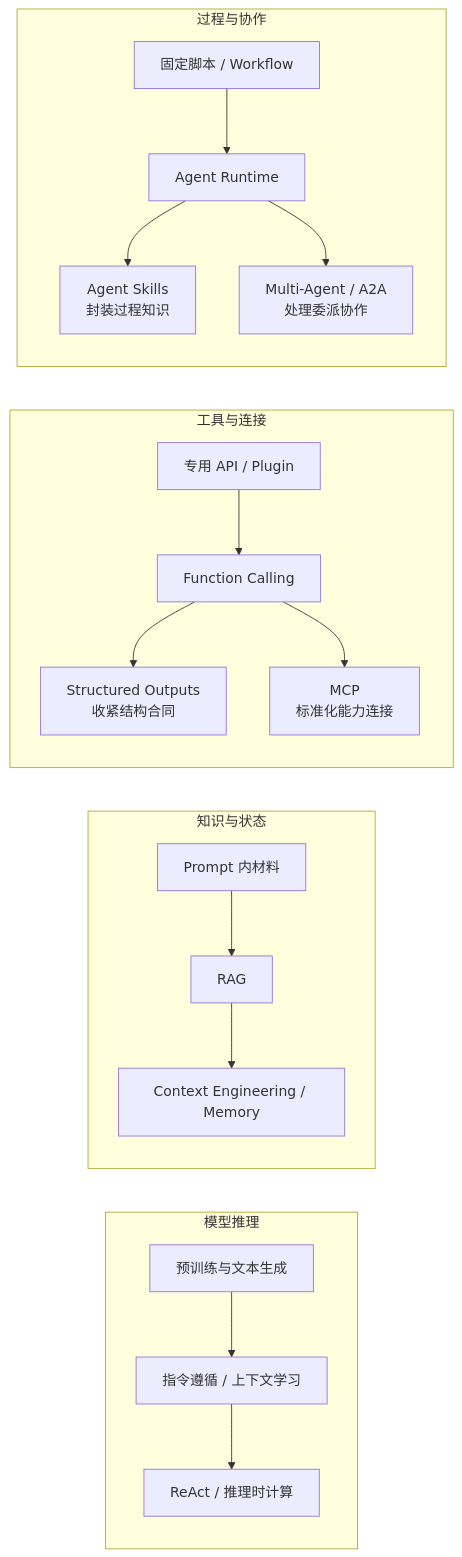
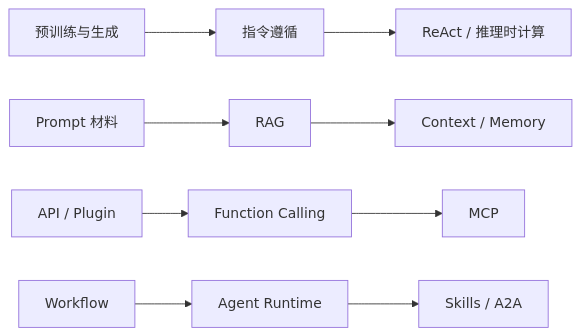
The third of 7 diagrams in README.md (FoLaJJ/agent-systems-notes), drawn with Mermaid before and after one commit. The commit also changed other lines of this file and 11 other files, not shown here.

Commit message:
Improve Mermaid diagram readability

````diff
--- a/README.md
+++ b/README.md
@@ -57,19 +71,7 @@
 ```mermaid
 flowchart LR
-    subgraph R1["模型推理"]
-      A1["预训练与文本生成"] --> A2["指令遵循 / 上下文学习"] --> A3["ReAct / 推理时计算"]
-    end
-    subgraph R2["知识与状态"]
-      B1["Prompt 内材料"] --> B2["RAG"] --> B3["Context Engineering / Memory"]
-    end
-    subgraph R3["工具与连接"]
-      C1["专用 API / Plugin"] --> C2["Function Calling"]
-      C2 --> C3["Structured Outputs<br/>收紧结构合同"]
-      C2 --> C4["MCP<br/>标准化能力连接"]
-    end
-    subgraph R4["过程与协作"]
-      D1["固定脚本 / Workflow"] --> D2["Agent Runtime"]
-      D2 --> D3["Agent Skills<br/>封装过程知识"]
-      D2 --> D4["Multi-Agent / A2A<br/>处理委派协作"]
-    end
+    A1["预训练与生成"] --> A2["指令遵循"] --> A3["ReAct / 推理时计算"]
+    B1["Prompt 材料"] --> B2["RAG"] --> B3["Context / Memory"]
+    C1["API / Plugin"] --> C2["Function Calling"] --> C3["MCP"]
+    D1["Workflow"] --> D2["Agent Runtime"] --> D3["Skills / A2A"]
 ```
````
